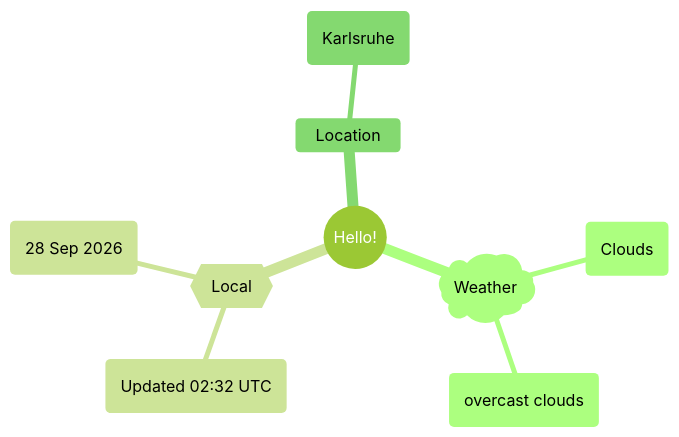
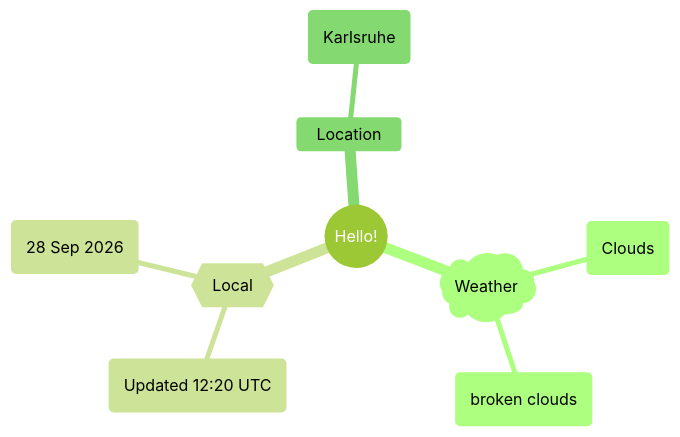
The first of 2 diagrams in README.md (Xosrov/Xosrov), drawn with Mermaid (forest theme) before and after one commit.

Commit message:
[bot] updated images

````diff
--- a/README.md
+++ b/README.md
@@ -3,12 +3,12 @@
 ```mermaid
 mindmap
   root((Hello!))
     )Weather(
         (Clouds)
-        (overcast clouds)
+        (broken clouds)
     {{Local}}
-        (Updated 02:32 UTC)
+        (Updated 12:20 UTC)
         (28 Sep 2026)
     Location
         (Karlsruhe)
 ```
````
